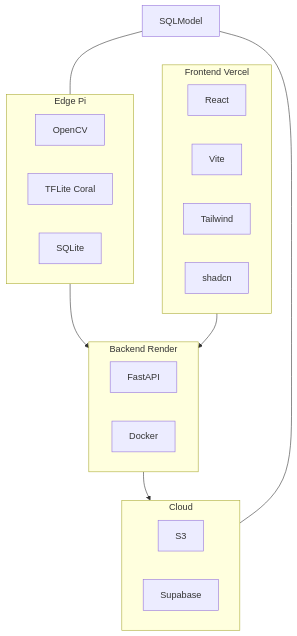
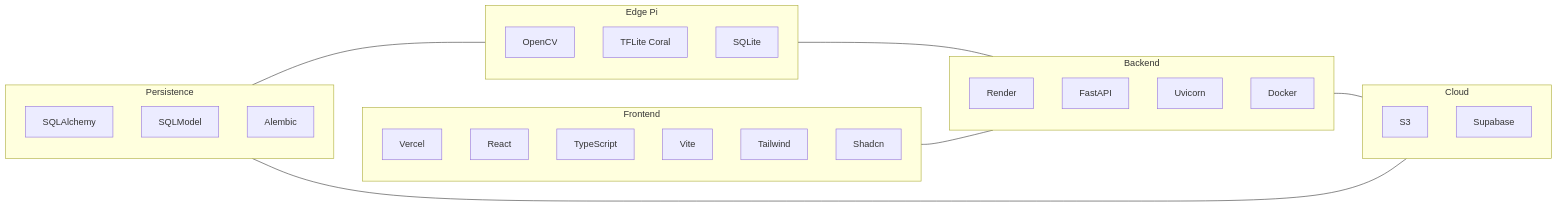
The second of 2 diagrams in project_management/specs/design.md (GregT7/NetraPi), drawn with Mermaid before and after one commit. The commit also changed other lines of this file and 135 other files, not shown here.

````diff
--- a/project_management/specs/design.md
+++ b/project_management/specs/design.md
@@ -33,32 +43,41 @@
 ```mermaid
-flowchart TB
+flowchart LR
   subgraph edge [Edge Pi]
-    direction LR
+    direction TB
     Capture[OpenCV]
     Detect[TFLite Coral]
     LocalDb[SQLite]
   end
-  subgraph backend [Backend Render]
-    direction LR
+  subgraph schema [Persistence]
+    direction TB
+    Sqla[SQLAlchemy]
+    Sqlm[SQLModel]
+    Alembic[Alembic]
+  end
+  subgraph backend [Backend]
+    direction TB
+    Render[Render]
     Api[FastAPI]
+    Uvicorn[Uvicorn]
     Dock[Docker]
   end
   subgraph cloud [Cloud]
-    direction LR
+    direction TB
     S3[S3]
     Supabase[Supabase]
   end
-  subgraph frontend [Frontend Vercel]
-    direction LR
+  subgraph frontend [Frontend]
+    direction TB
+    Vercel[Vercel]
     Spa[React]
+    Ts[TypeScript]
     Vite[Vite]
     Tw[Tailwind]
-    Shad[shadcn]
+    Shad[Shadcn]
   end
-  SharedDb[SQLModel]
-  edge --> backend
-  backend --> cloud
-  frontend --> backend
-  SharedDb --- edge
-  SharedDb --- cloud
+  edge --- backend
+  backend --- cloud
+  frontend --- backend
+  schema --- edge
+  schema --- cloud
 ```
````
